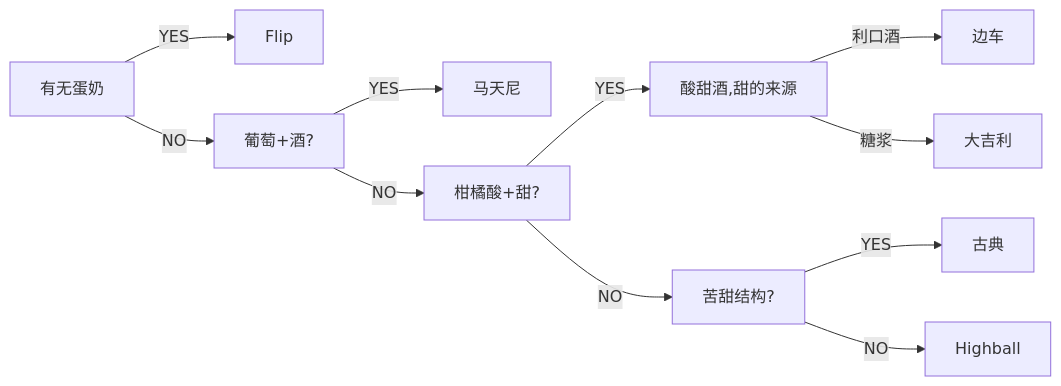
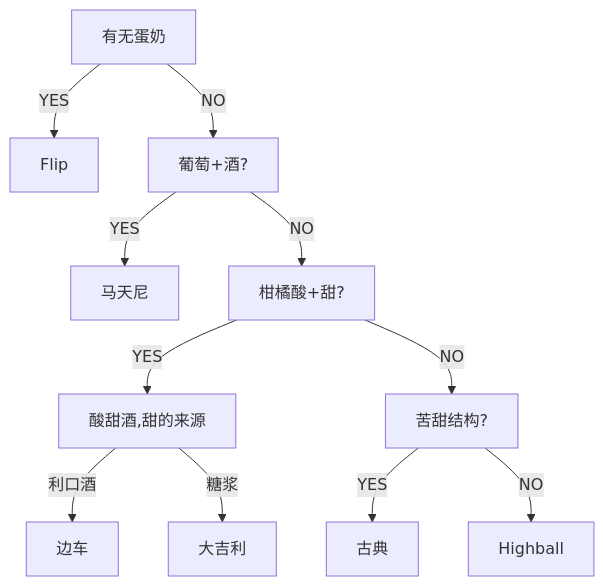
Before and after one commit to HiraethEcho/wiki: the diagram in source/_posts/Life/cocktail.md, drawn with Mermaid. The commit also changed other lines of this file and 5 other files, not shown here.

Commit message:
update mermaid

````diff
--- a/source/_posts/Life/cocktail.md
+++ b/source/_posts/Life/cocktail.md
@@ -33,13 +35,13 @@
 ```mermaid
-flowchart LR
+graph TD;
 A[有无蛋奶] --> |YES| Flip
 A --> |NO| B
 B[葡萄+酒?] -->|YES| 马天尼
 B -->|NO| C
 C[柑橘酸+甜?] -->|YES| D
 C -->|NO| G
 D[酸甜酒,甜的来源] -->|利口酒| E[边车]
 D -->|糖浆| F[大吉利]
 G[苦甜结构?] -->|YES| H[古典]
 G -->|NO| I[Highball]
 ```
````
